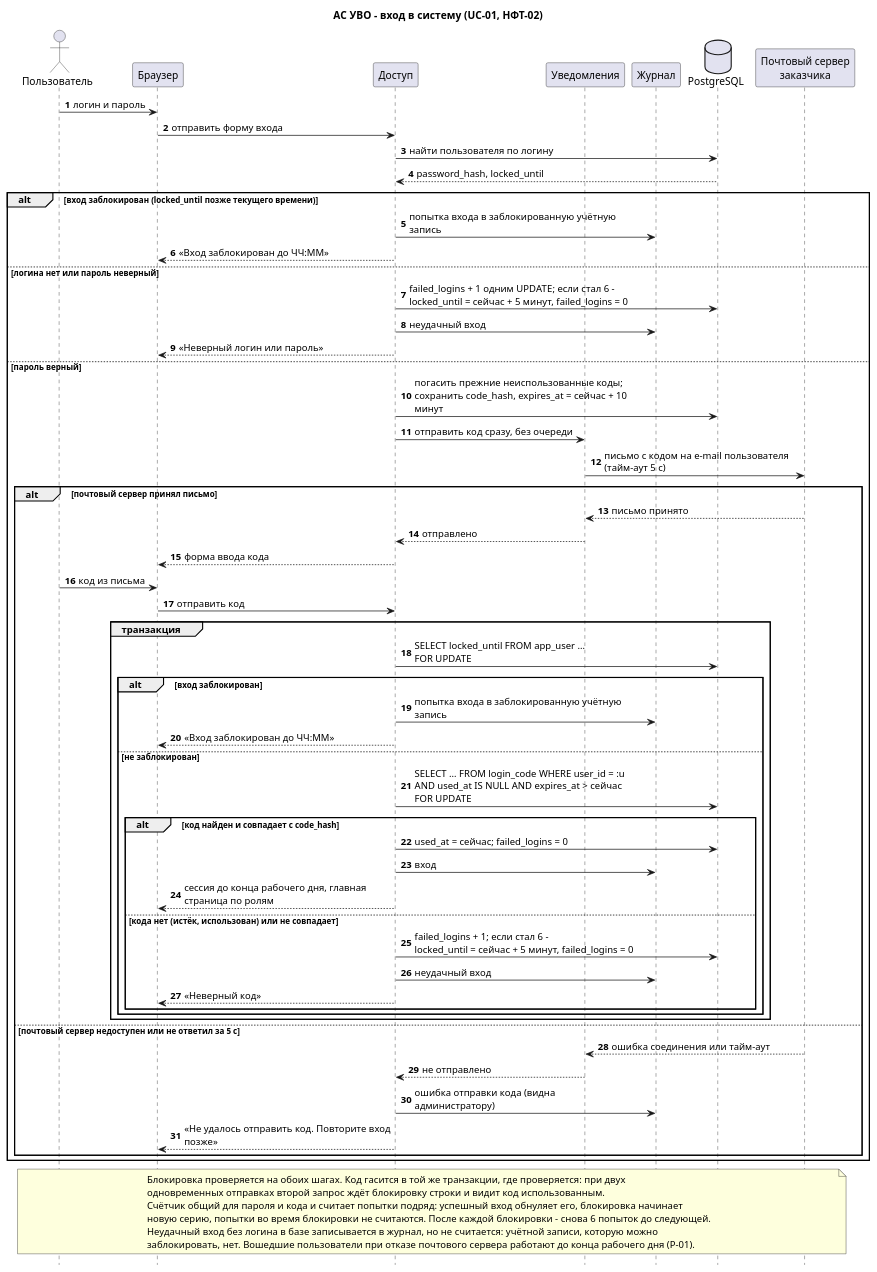
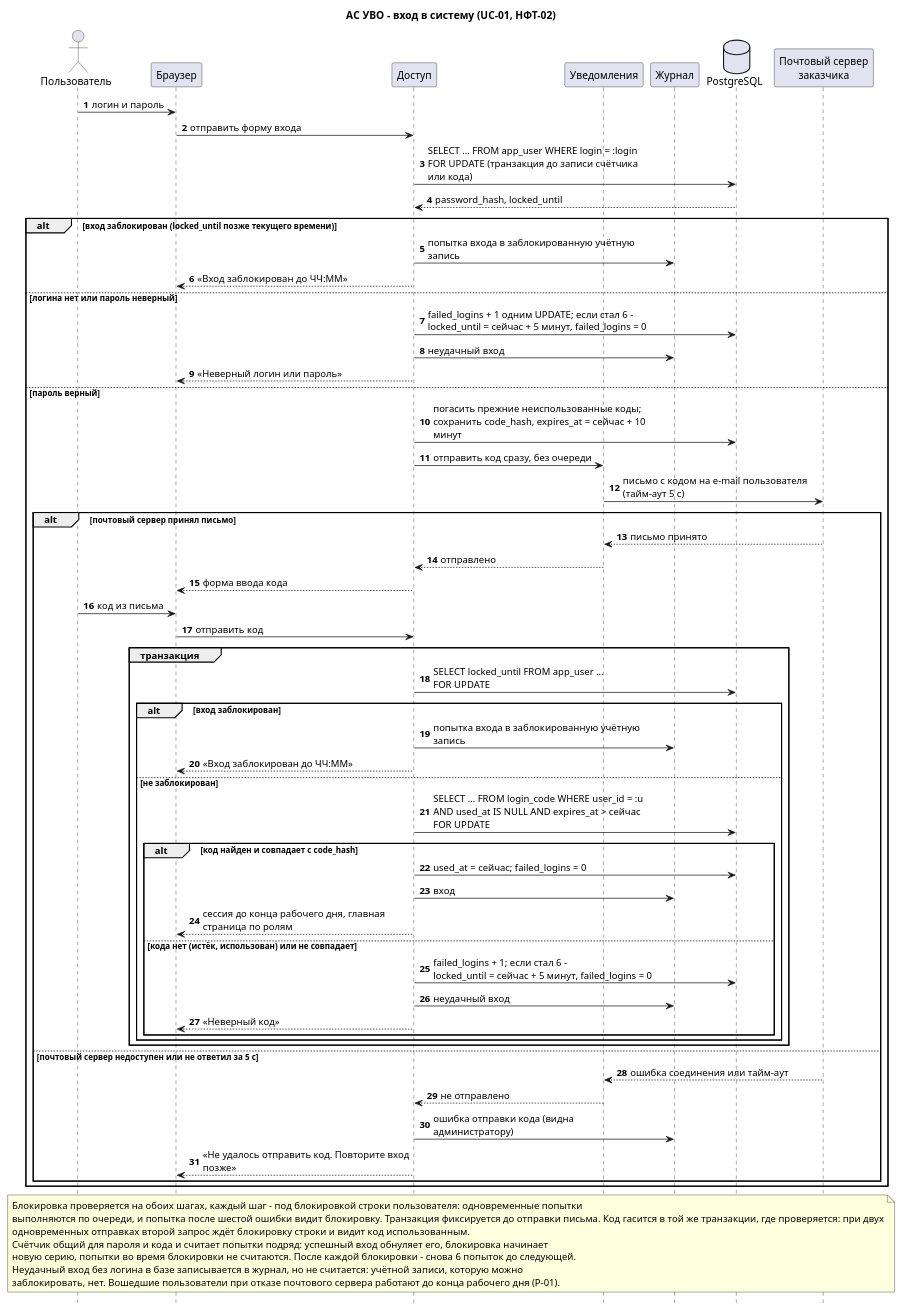
One commit to Rezak159/project-management changed the diagram in Lab2/docs/diagrams/sequence-login.puml. Above: the diagram before and after it, drawn with PlantUML. The commit also changed 19 other files, not shown here.

```diff
--- a/Lab2/docs/diagrams/sequence-login.puml
+++ b/Lab2/docs/diagrams/sequence-login.puml
@@ -1,75 +1,76 @@
 @startuml
 title АС УВО – вход в систему (UC-01, НФТ-02)
 skinparam shadowing false
 skinparam defaultFontName Arial
 skinparam sequenceMessageAlign left
 skinparam responseMessageBelowArrow true
 skinparam maxMessageSize 300
 hide footbox
 autonumber
 
 actor "Пользователь" as U
 participant "Браузер" as B
 participant "Доступ" as ACC
 participant "Уведомления" as NTF
 participant "Журнал" as LOG
 database "PostgreSQL" as DB
 participant "Почтовый сервер\nзаказчика" as SMTP
 
 U -> B : логин и пароль
 B -> ACC : отправить форму входа
-ACC -> DB : найти пользователя по логину
+ACC -> DB : SELECT … FROM app_user WHERE login = :login\nFOR UPDATE (транзакция до записи счётчика или кода)
 DB --> ACC : password_hash, locked_until
 
 alt вход заблокирован (locked_until позже текущего времени)
   ACC -> LOG : попытка входа в заблокированную учётную запись
   ACC --> B : «Вход заблокирован до ЧЧ:ММ»
 else логина нет или пароль неверный
   ACC -> DB : failed_logins + 1 одним UPDATE; если стал 6 –\nlocked_until = сейчас + 5 минут, failed_logins = 0
   ACC -> LOG : неудачный вход
   ACC --> B : «Неверный логин или пароль»
 else пароль верный
   ACC -> DB : погасить прежние неиспользованные коды;\nсохранить code_hash, expires_at = сейчас + 10 минут
   ACC -> NTF : отправить код сразу, без очереди
   NTF -> SMTP : письмо с кодом на e-mail пользователя (тайм-аут 5 с)
   alt почтовый сервер принял письмо
     SMTP --> NTF : письмо принято
     NTF --> ACC : отправлено
     ACC --> B : форма ввода кода
     U -> B : код из письма
     B -> ACC : отправить код
     group транзакция
       ACC -> DB : SELECT locked_until FROM app_user …\nFOR UPDATE
       alt вход заблокирован
         ACC -> LOG : попытка входа в заблокированную учётную запись
         ACC --> B : «Вход заблокирован до ЧЧ:ММ»
       else не заблокирован
         ACC -> DB : SELECT … FROM login_code WHERE user_id = :u\nAND used_at IS NULL AND expires_at > сейчас\nFOR UPDATE
         alt код найден и совпадает с code_hash
           ACC -> DB : used_at = сейчас; failed_logins = 0
           ACC -> LOG : вход
           ACC --> B : сессия до конца рабочего дня, главная страница по ролям
         else кода нет (истёк, использован) или не совпадает
           ACC -> DB : failed_logins + 1; если стал 6 –\nlocked_until = сейчас + 5 минут, failed_logins = 0
           ACC -> LOG : неудачный вход
           ACC --> B : «Неверный код»
         end
       end
     end
   else почтовый сервер недоступен или не ответил за 5 с
     SMTP --> NTF : ошибка соединения или тайм-аут
     NTF --> ACC : не отправлено
     ACC -> LOG : ошибка отправки кода (видна администратору)
     ACC --> B : «Не удалось отправить код. Повторите вход позже»
   end
 end
 
 note over U, SMTP
-Блокировка проверяется на обоих шагах. Код гасится в той же транзакции, где проверяется: при двух
+Блокировка проверяется на обоих шагах, каждый шаг – под блокировкой строки пользователя: одновременные попытки
+выполняются по очереди, и попытка после шестой ошибки видит блокировку. Транзакция фиксируется до отправки письма. Код гасится в той же транзакции, где проверяется: при двух
 одновременных отправках второй запрос ждёт блокировку строки и видит код использованным.
 Счётчик общий для пароля и кода и считает попытки подряд: успешный вход обнуляет его, блокировка начинает
 новую серию, попытки во время блокировки не считаются. После каждой блокировки – снова 6 попыток до следующей.
 Неудачный вход без логина в базе записывается в журнал, но не считается: учётной записи, которую можно
 заблокировать, нет. Вошедшие пользователи при отказе почтового сервера работают до конца рабочего дня (Р-01).
 end note
 @enduml
```
